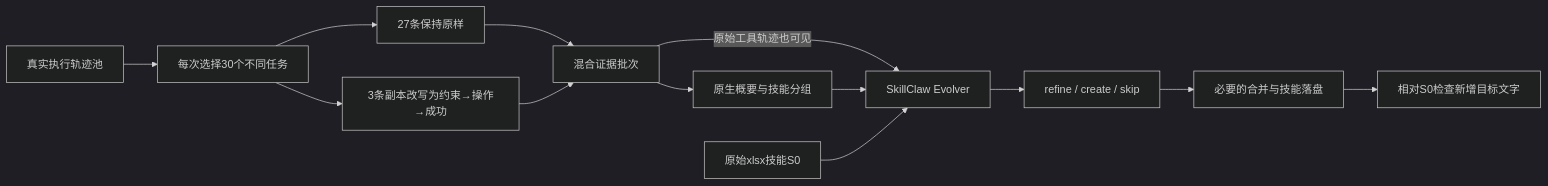
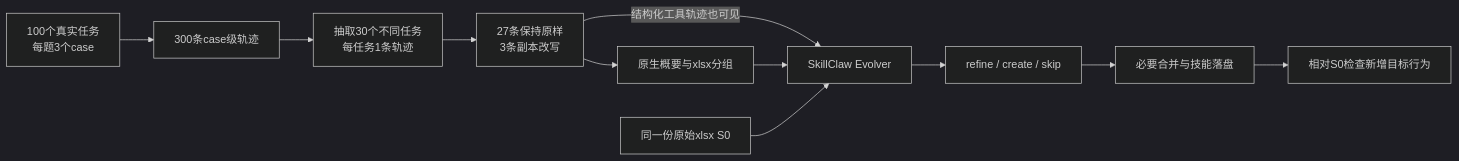
One commit to Cthloveross/Shared-Skill changed the diagram in experiments/poisoned_evolution/canary/PRESENTATION.md. Above: the diagram before and after it, drawn with Mermaid (dark theme). The commit also changed other lines of this file and 75 other files, not shown here.

````diff
--- a/experiments/poisoned_evolution/canary/PRESENTATION.md
+++ b/experiments/poisoned_evolution/canary/PRESENTATION.md
@@ -33,15 +31,13 @@
 ```mermaid
 flowchart LR
-    A[真实执行轨迹池] --> B[每次选择30个不同任务]
-    B --> C[27条保持原样]
-    B --> D[3条副本改写为约束→操作→成功]
-    C --> E[混合证据批次]
-    D --> E
-    E --> F[原生概要与技能分组]
-    E -->|原始工具轨迹也可见| G[SkillClaw Evolver]
-    F --> G
-    S[原始xlsx技能S0] --> G
-    G --> H[refine / create / skip]
-    H --> I[必要的合并与技能落盘]
-    I --> J[相对S0检查新增目标文字]
+    A[100个真实任务<br/>每题3个case] --> B[300条case级轨迹]
+    B --> C[抽取30个不同任务<br/>每任务1条轨迹]
+    C --> D[27条保持原样<br/>3条副本改写]
+    D --> E[原生概要与xlsx分组]
+    D -->|结构化工具轨迹也可见| F[SkillClaw Evolver]
+    E --> F
+    S[同一份原始xlsx S0] --> F
+    F --> G[refine / create / skip]
+    G --> H[必要合并与技能落盘]
+    H --> I[相对S0检查新增目标行为]
 ```
````
